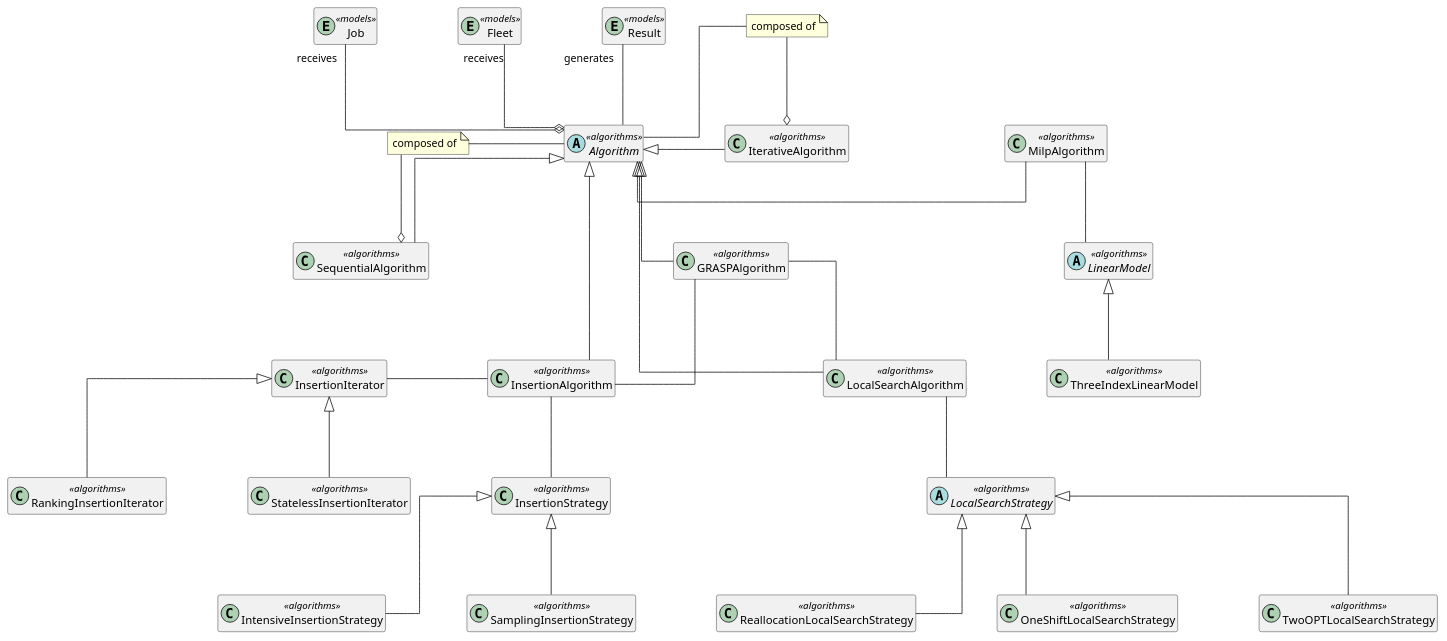
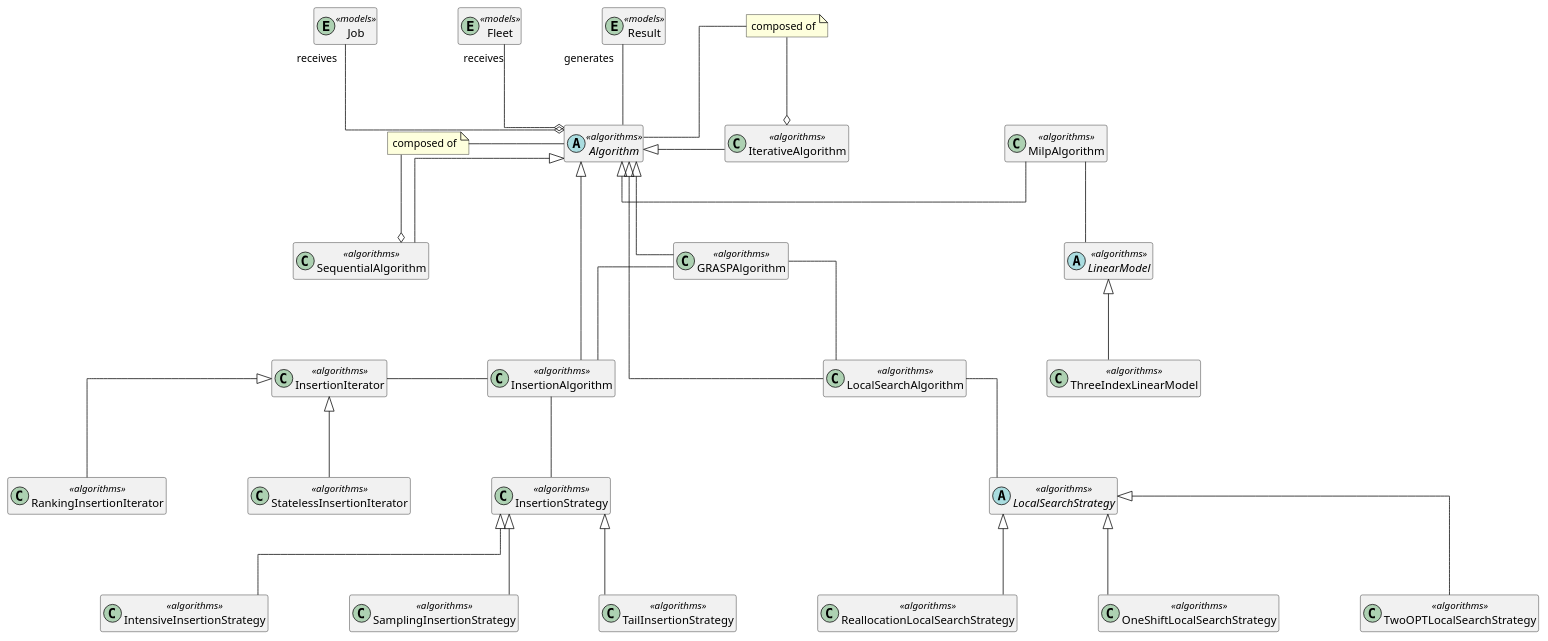
One commit to garciparedes/jinete changed the diagram in docs/source/_static/algorithms.puml. Above: the diagram before and after it, drawn with PlantUML.

Commit message:
ISSUE #101 * Minor improvements on diagrams (2).

```diff
--- a/docs/source/_static/algorithms.puml
+++ b/docs/source/_static/algorithms.puml
@@ -1,89 +1,91 @@
 @startuml
 skinparam linetype ortho
 skinparam nodesep 100
 skinparam ranksep 100
 
 hide empty methods
 hide empty attributes
 
 entity Job <<models>>
 entity Fleet <<models>>
 
 entity Result <<models>>
 
 abstract class Algorithm <<algorithms>>
 
 class MilpAlgorithm <<algorithms>>
 
 abstract class LinearModel <<algorithms>>
 class ThreeIndexLinearModel <<algorithms>>
 
 class InsertionAlgorithm <<algorithms>>
 
 class InsertionIterator <<algorithms>>
 class RankingInsertionIterator <<algorithms>>
 class StatelessInsertionIterator <<algorithms>>
 
 class InsertionStrategy <<algorithms>>
 class IntensiveInsertionStrategy <<algorithms>>
 class SamplingInsertionStrategy <<algorithms>>
+class TailInsertionStrategy <<algorithms>>
 
 class LocalSearchAlgorithm <<algorithms>>
 
 abstract class LocalSearchStrategy <<algorithms>>
 class ReallocationLocalSearchStrategy <<algorithms>>
 class OneShiftLocalSearchStrategy <<algorithms>>
 class TwoOPTLocalSearchStrategy <<algorithms>>
 
 class GRASPAlgorithm <<algorithms>>
 class IterativeAlgorithm <<algorithms>>
 class SequentialAlgorithm <<algorithms>>
 
 
 InsertionAlgorithm -up-|> Algorithm
 Algorithm <|- MilpAlgorithm
 Algorithm <|-- LocalSearchAlgorithm
 Algorithm <|-- GRASPAlgorithm
 Algorithm <|- IterativeAlgorithm
 Algorithm <|-- SequentialAlgorithm
 
 
 InsertionStrategy <|-- IntensiveInsertionStrategy
 InsertionStrategy <|-- SamplingInsertionStrategy
+InsertionStrategy <|-- TailInsertionStrategy
 
 InsertionIterator <|-- RankingInsertionIterator
 InsertionIterator <|-- StatelessInsertionIterator
 
 LinearModel <|-- ThreeIndexLinearModel
 
 LocalSearchStrategy <|-- ReallocationLocalSearchStrategy
 LocalSearchStrategy <|-- OneShiftLocalSearchStrategy
 LocalSearchStrategy <|-- TwoOPTLocalSearchStrategy
 
 
 InsertionAlgorithm -left- InsertionIterator
 InsertionAlgorithm -down- InsertionStrategy
 
 MilpAlgorithm -- LinearModel
 
 LocalSearchAlgorithm -- LocalSearchStrategy
 
 
 GRASPAlgorithm -- LocalSearchAlgorithm
 GRASPAlgorithm -- InsertionAlgorithm
 
 
 note "composed of" as N1
 N1 --o IterativeAlgorithm
 N1 - Algorithm
 
 note "composed of" as N2
 N2 --o SequentialAlgorithm
 N2 - Algorithm
 
 
 Job "receives "--o Algorithm
 Fleet "receives"--o Algorithm
 Result "generates"-- Algorithm
 
 @enduml
```
